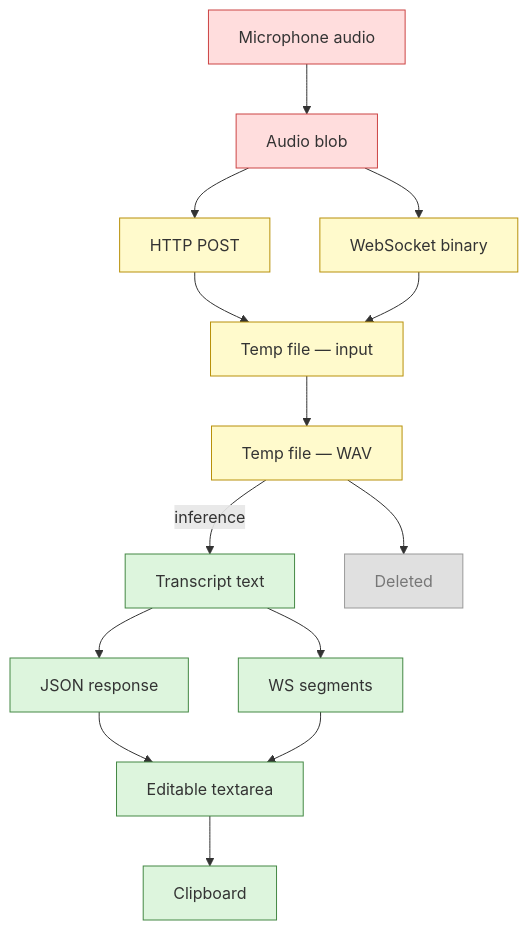
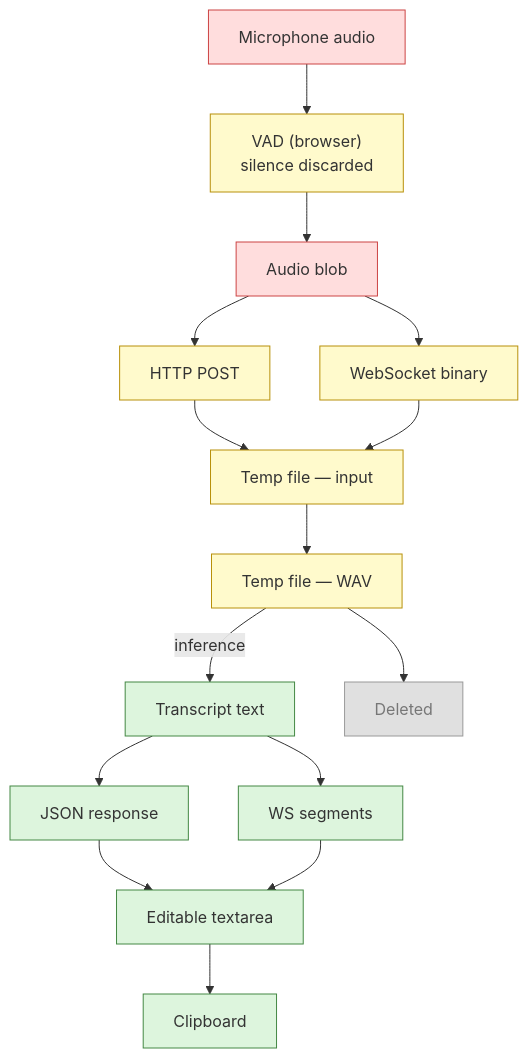
The diagram in docs/diagrams/privacy-data-flow.mmd (JohnYanez95/voice-scribe), drawn with Mermaid before and after one commit. The commit also changed 6 other files, not shown here.

First line of the commit message:
Gate 2: update diagrams for v2.2 continuous mode

```diff
--- a/docs/diagrams/privacy-data-flow.mmd
+++ b/docs/diagrams/privacy-data-flow.mmd
@@ -1,32 +1,33 @@
 flowchart TD
     mic["Microphone audio"]
     blob["Audio blob"]
 
-    mic --> blob
+    mic --> vad["VAD (browser)<br/>silence discarded"]
+    vad --> blob
     blob --> http["HTTP POST"]
     blob --> wsIn["WebSocket binary"]
 
     http --> tmp1["Temp file — input"]
     wsIn --> tmp1
 
     tmp1 --> tmp2["Temp file — WAV"]
     tmp2 -- inference --> txt["Transcript text"]
     tmp2 --> del["Deleted"]
 
     txt --> resp["JSON response"]
     txt --> wsOut["WS segments"]
 
     resp --> area["Editable textarea"]
     wsOut --> area
 
     area --> clip["Clipboard"]
 
     classDef sensitive fill:#ffdddd,stroke:#cc4444
     classDef ephemeral fill:#fffacc,stroke:#b8900a
     classDef output fill:#ddf5dd,stroke:#448844
     classDef deleted fill:#e0e0e0,stroke:#999999,color:#777777
 
     class mic,blob sensitive
-    class http,wsIn,tmp1,tmp2 ephemeral
+    class vad,http,wsIn,tmp1,tmp2 ephemeral
     class txt,resp,wsOut,area,clip output
     class del deleted
```
